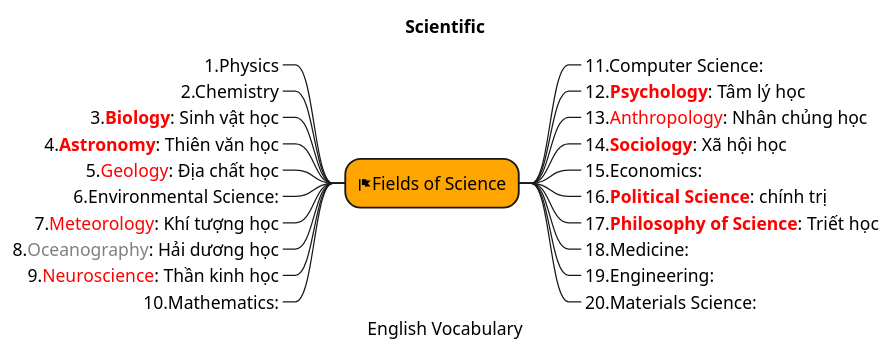
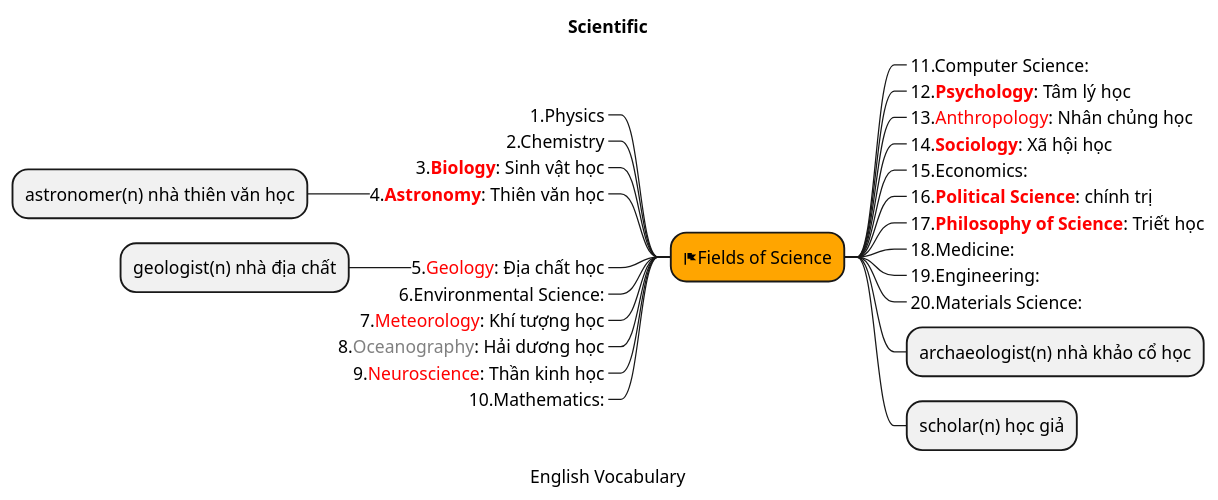
Before and after one commit to thanhnv2210/MyPlantuml: the diagram in src/English/FirstPhrase01/03_ScienceFields.puml, drawn with PlantUML. The commit also changed 8 other files, not shown here.

```diff
--- a/src/English/FirstPhrase01/03_ScienceFields.puml
+++ b/src/English/FirstPhrase01/03_ScienceFields.puml
@@ -1,134 +1,139 @@
 @startmindmap
 caption English Vocabulary
 title Scientific
 
 *[#Orange] <&flag>Fields of Science
 left side
 **[#lightgreen]_ 1.Physics
 '***_ <color:red>Hot
 '***_ <color:orange>Warm
 '***_ Mild: ấm áp
 '***_ <color:blue>Cool: mát mẻ
 '***_ Cold: lạnh
 '***_ Freezing: giá lạnh
 '***_ Classical Physics
 '***_ Quantum Mechanics
 '***_ Astrophysics
 '***_ Nuclear Physics
 
 **[#lightgreen]_ 2.Chemistry
 '***_ Organic Chemistry
 '***_ Inorganic Chemistry
 '***_ Physical Chemistry
 '***_ Analytical Chemistry
 
 **[#lightgreen]_ 3.<color:red><b>Biology</color>: Sinh vật học
 'Genetics
 'Ecology
 'Microbiology
 'Evolutionary Biology
 
 **[#lightgreen]_ 4.<color:red><b>Astronomy</color>: Thiên văn học
+*** astronomer(n) nhà thiên văn học
 'Observational Astronomy
 'Theoretical Astronomy
 'Astrophysics
 'Cosmology
 
 **[#lightgreen]_ 5.<color:red>Geology</color>: Địa chất học
+*** geologist(n) nhà địa chất
 'Petrology
 'Paleontology
 'Volcanology
 'Seismology
 
 **[#lightgreen]_ 6.Environmental Science:
 'Environmental Chemistry
 'Environmental Biology
 'Environmental Geology
 'Conservation Science
 
 **[#lightgreen]_ 7.<color:red>Meteorology</color>: Khí tượng học
 'Climatology
 'Atmospheric Science
 'Meteorological Modeling
 'Weather Forecasting
 
 **[#lightgreen]_ 8.<color:gray>Oceanography</color>: Hải dương học
 'Physical Oceanography
 'Chemical Oceanography
 'Biological Oceanography
 'Marine Geology
 
 **[#lightgreen]_ 9.<color:red>Neuroscience</color>: Thần kinh học
 'Cognitive Neuroscience
 'Behavioral Neuroscience
 'Molecular Neuroscience
 'Neurophysiology
 
 **[#lightgreen]_ 10.Mathematics:
 'Pure Mathematics
 'Applied Mathematics
 'Statistics
 'Mathematical Physics
 
 right side
 **[#lightgreen]_ 11.Computer Science:
 'Artificial Intelligence
 'Data Science
 'Computer Networks
 'Software Engineering
 
 **[#lightgreen]_ 12.<color:red><b>Psychology</color>: Tâm lý học
 'Clinical Psychology
 'Cognitive Psychology
 'Social Psychology
 'Developmental Psychology
 
 **[#lightgreen]_ 13.<color:red>Anthropology</color>: Nhân chủng học
 'Cultural Anthropology
 'Archaeology
 'Biological Anthropology
 'Linguistic Anthropology
 
 **[#lightgreen]_ 14.<color:red><b>Sociology</color>: Xã hội học
 'Social Psychology
 'Criminology
 'Demography
 'Urban Sociology
 
 **[#lightgreen]_ 15.Economics:
 'Microeconomics
 'Macroeconomics
 'Econometrics
 'Behavioral Economics
 
 **[#lightgreen]_ 16.<color:red><b>Political Science</color>: chính trị
 'International Relations
 'Political Theory
 'Comparative Politics
 'Public Administration
 
 **[#lightgreen]_ 17.<color:red><b>Philosophy of Science</color>: Triết học
 'Epistemology
 'Metaphysics
 'Philosophy of Biology
 'Philosophy of Physics
 
 **[#lightgreen]_ 18.Medicine:
 'Internal Medicine
 'Surgery
 'Pediatrics
 'Psychiatry
 
 **[#lightgreen]_ 19.Engineering:
 'Civil Engineering
 'Mechanical Engineering
 'Electrical Engineering
 'Aerospace Engineering
 
 **[#lightgreen]_ 20.Materials Science:
 'Nanotechnology
 'Biomaterials
 'Electronic Materials
 'Polymer Science
 
+** archaeologist(n) nhà khảo cổ học
+'archae-ologist
+** scholar(n) học giả
 @endmindmap
```
